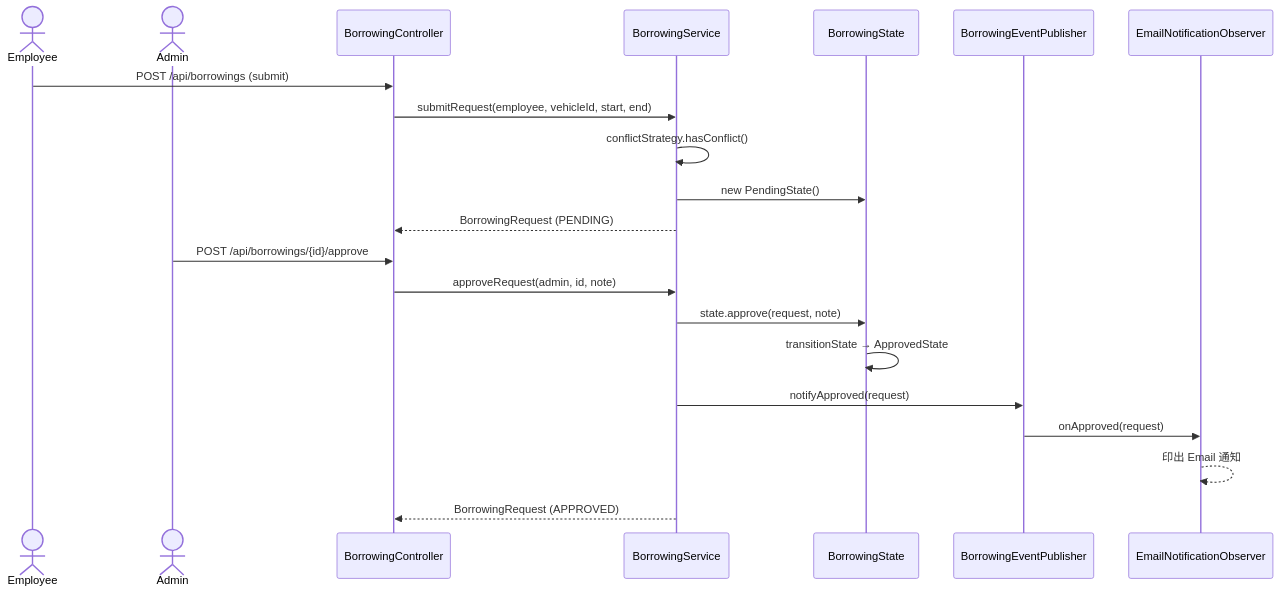
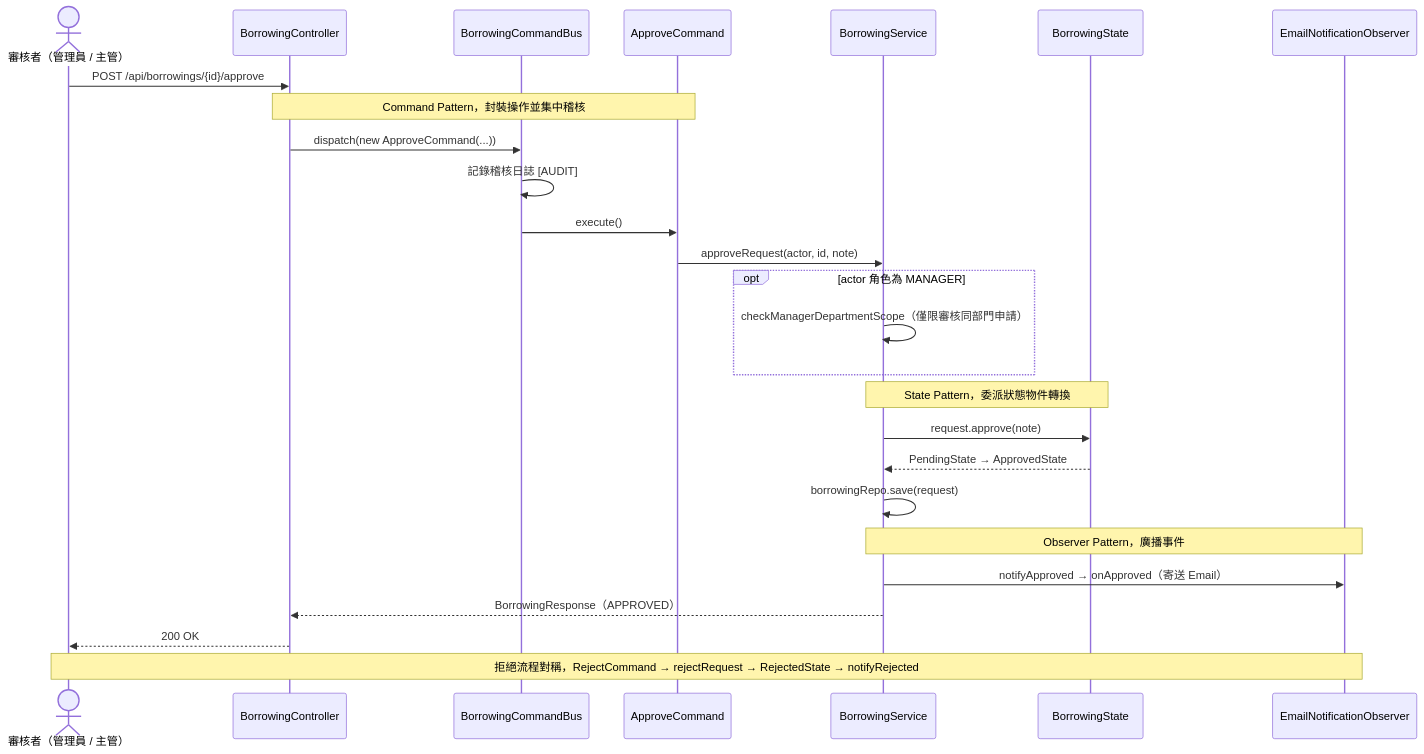
Before and after one commit to JW-Albert/114-2_FCU_Framework-Design-Final: diagram 13 of 15 in README.md, drawn with Mermaid. The commit also changed other lines of this file, not shown here.

First line of the commit message:
docs: 借車工作流程循序圖依生命週期階段拆分為 4 張並更新吻合現有架構

````diff
--- a/README.md
+++ b/README.md
@@ -578,25 +607,29 @@
 ```mermaid
 sequenceDiagram
-    actor Employee
-    actor Admin
-    participant Controller as BorrowingController
-    participant Service as BorrowingService
-    participant State as BorrowingState
-    participant Publisher as BorrowingEventPublisher
-    participant Observer as EmailNotificationObserver
+    actor Apv as 審核者（管理員 / 主管）
+    participant C as BorrowingController
+    participant Bus as BorrowingCommandBus
+    participant Cmd as ApproveCommand
+    participant S as BorrowingService
+    participant St as BorrowingState
+    participant Obs as EmailNotificationObserver
 
-    Employee->>Controller: POST /api/borrowings (submit)
-    Controller->>Service: submitRequest(employee, vehicleId, start, end)
-    Service->>Service: conflictStrategy.hasConflict()
-    Service->>State: new PendingState()
-    Service-->>Controller: BorrowingRequest (PENDING)
-
-    Admin->>Controller: POST /api/borrowings/{id}/approve
-    Controller->>Service: approveRequest(admin, id, note)
-    Service->>State: state.approve(request, note)
-    State->>State: transitionState → ApprovedState
-    Service->>Publisher: notifyApproved(request)
-    Publisher->>Observer: onApproved(request)
-    Observer-->>Observer: 印出 Email 通知
-    Service-->>Controller: BorrowingRequest (APPROVED)
+    Apv->>C: POST /api/borrowings/{id}/approve
+    Note over C,Cmd: Command Pattern，封裝操作並集中稽核
+    C->>Bus: dispatch(new ApproveCommand(...))
+    Bus->>Bus: 記錄稽核日誌 [AUDIT]
+    Bus->>Cmd: execute()
+    Cmd->>S: approveRequest(actor, id, note)
+    opt actor 角色為 MANAGER
+        S->>S: checkManagerDepartmentScope（僅限審核同部門申請）
+    end
+    Note over S,St: State Pattern，委派狀態物件轉換
+    S->>St: request.approve(note)
+    St-->>S: PendingState → ApprovedState
+    S->>S: borrowingRepo.save(request)
+    Note over S,Obs: Observer Pattern，廣播事件
+    S->>Obs: notifyApproved → onApproved（寄送 Email）
+    S-->>C: BorrowingResponse（APPROVED）
+    C-->>Apv: 200 OK
+    Note over Apv,Obs: 拒絕流程對稱，RejectCommand → rejectRequest → RejectedState → notifyRejected
 ```
````
